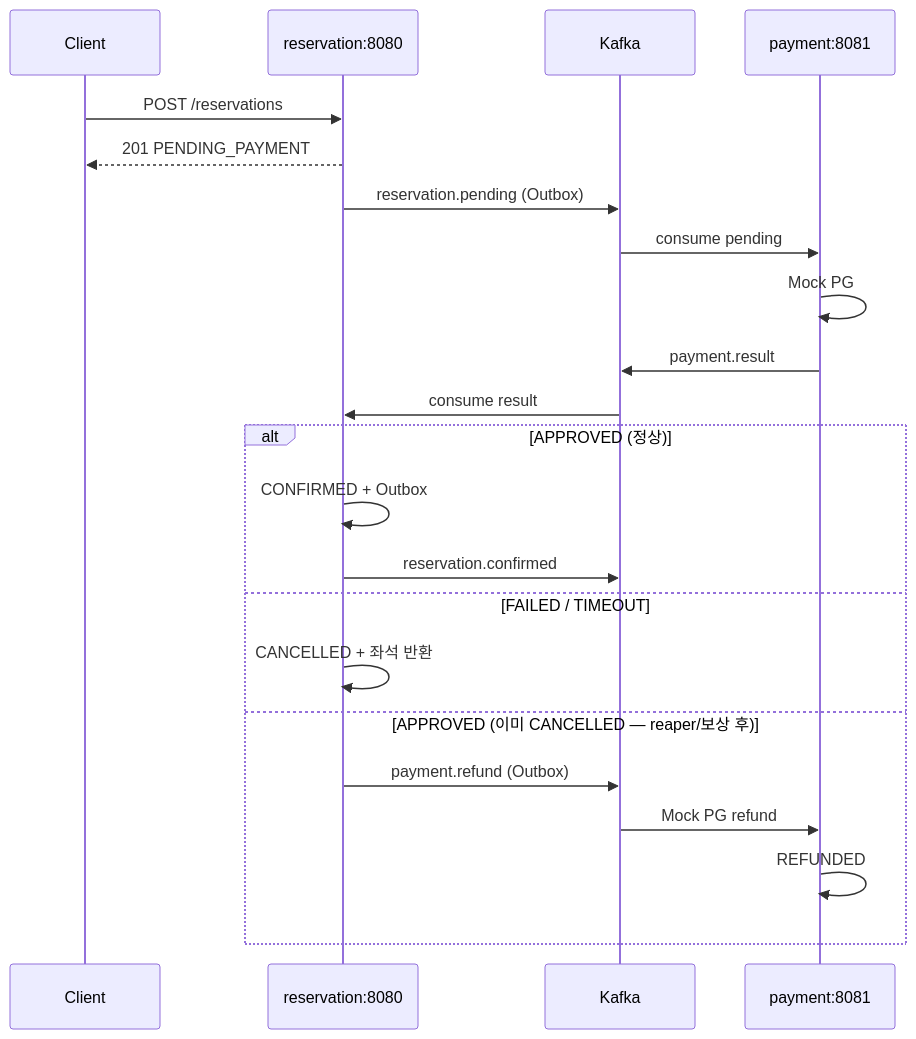
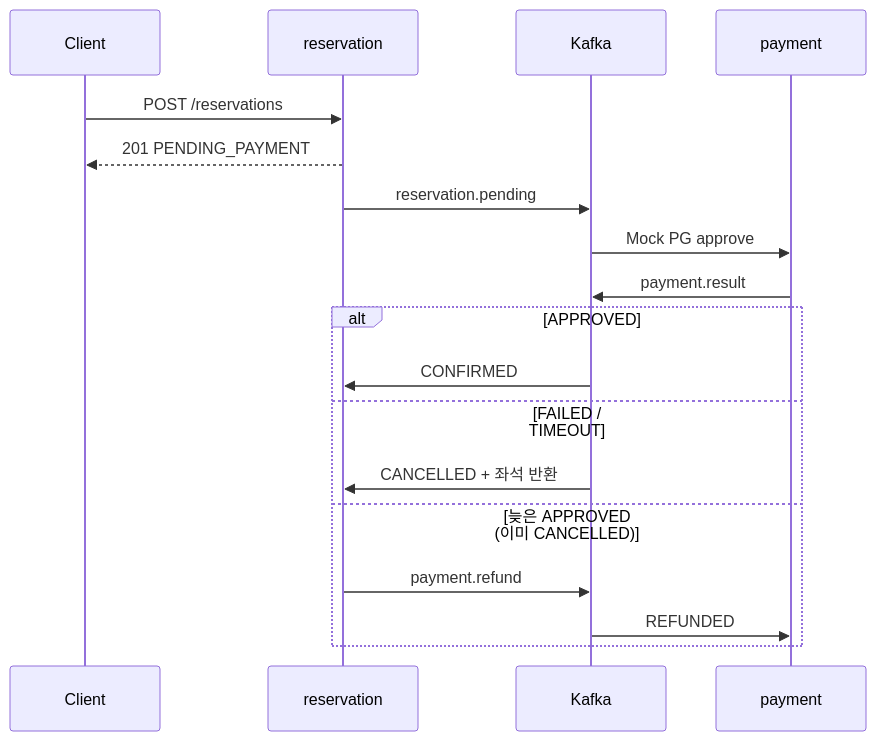
Before and after one commit to yuuki9/booking-system: the second of 2 diagrams in README.md, drawn with Mermaid. The commit also changed other lines of this file, not shown here.

````diff
--- a/README.md
+++ b/README.md
@@ -39,25 +43,21 @@
 ```mermaid
 sequenceDiagram
     participant C as Client
-    participant R as reservation:8080
+    participant R as reservation
     participant K as Kafka
-    participant P as payment:8081
+    participant P as payment
 
     C->>R: POST /reservations
     R-->>C: 201 PENDING_PAYMENT
-    R->>K: reservation.pending (Outbox)
-    K->>P: consume pending
-    P->>P: Mock PG
+    R->>K: reservation.pending
+    K->>P: Mock PG approve
     P->>K: payment.result
-    K->>R: consume result
-    alt APPROVED (정상)
-        R->>R: CONFIRMED + Outbox
-        R->>K: reservation.confirmed
+    alt APPROVED
+        K->>R: CONFIRMED
     else FAILED / TIMEOUT
-        R->>R: CANCELLED + 좌석 반환
-    else APPROVED (이미 CANCELLED — reaper/보상 후)
-        R->>K: payment.refund (Outbox)
-        K->>P: Mock PG refund
-        P->>P: REFUNDED
+        K->>R: CANCELLED + 좌석 반환
+    else 늦은 APPROVED (이미 CANCELLED)
+        R->>K: payment.refund
+        K->>P: REFUNDED
     end
 ```
````
